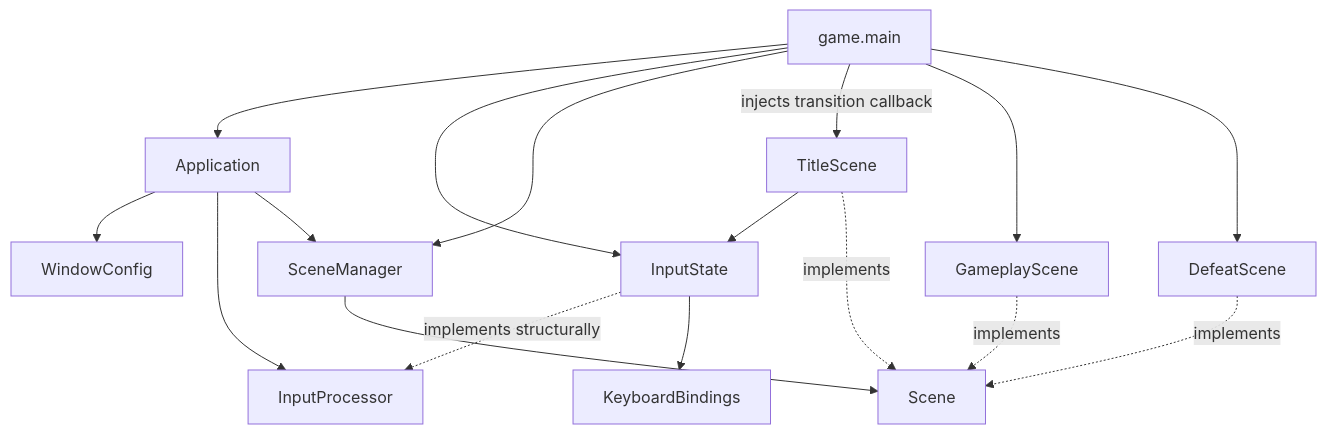
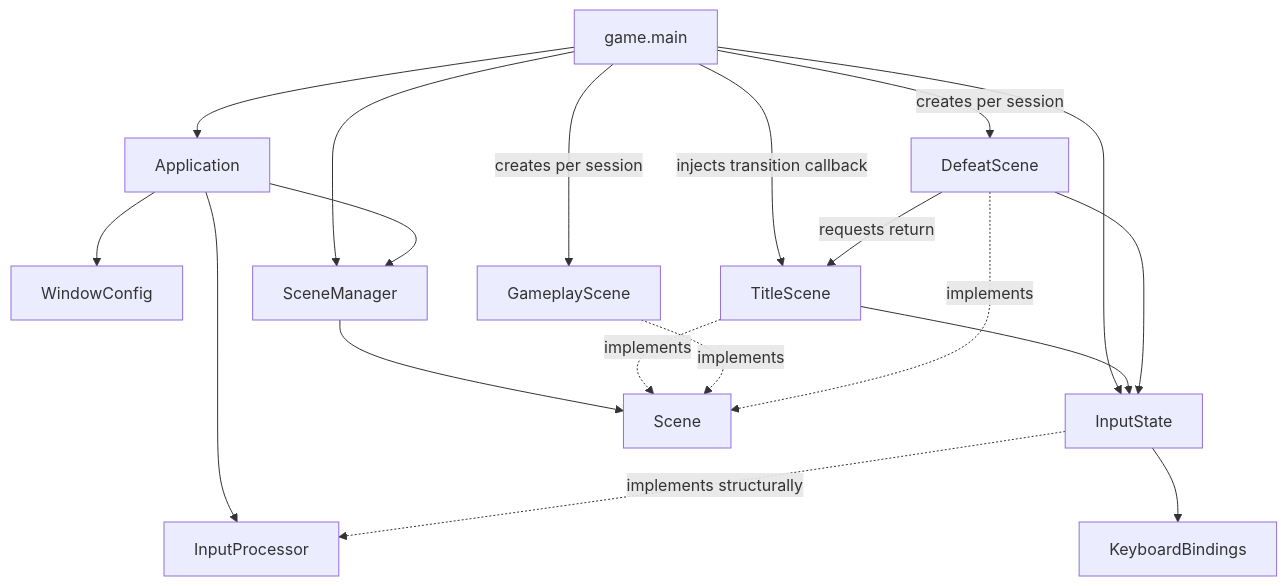
Before and after one commit to VincentMardon/my_first_adventure_game: the first of 3 diagrams in docs/architecture/overview.md, drawn with Mermaid. The commit also changed other lines of this file and 8 other files, not shown here.

Commit message:
feat(game): restart with fresh session after defeat

````diff
--- a/docs/architecture/overview.md
+++ b/docs/architecture/overview.md
@@ -181,34 +182,36 @@
 ```mermaid
 flowchart TD
     GameMain["game.main"]
     Application["Application"]
     WindowConfig["WindowConfig"]
     InputProcessor["InputProcessor"]
     InputState["InputState"]
     KeyboardBindings["KeyboardBindings"]
     SceneManager["SceneManager"]
     Scene["Scene"]
     TitleScene["TitleScene"]
     GameplayScene["GameplayScene"]
     DefeatScene["DefeatScene"]
 
     GameMain --> Application
     GameMain --> InputState
     GameMain --> SceneManager
     GameMain -->|"injects transition callback"| TitleScene
-    GameMain --> GameplayScene
-    GameMain --> DefeatScene
+    GameMain -->|"creates per session"| GameplayScene
+    GameMain -->|"creates per session"| DefeatScene
 
     Application --> WindowConfig
     Application --> InputProcessor
     Application --> SceneManager
 
     TitleScene --> InputState
+    DefeatScene --> InputState
+    DefeatScene -->|"requests return"| TitleScene
 
     InputState -. "implements structurally" .-> InputProcessor
     InputState --> KeyboardBindings
     SceneManager --> Scene
     TitleScene -. "implements" .-> Scene
     GameplayScene -. "implements" .-> Scene
     DefeatScene -. "implements" .-> Scene
 ```
````
